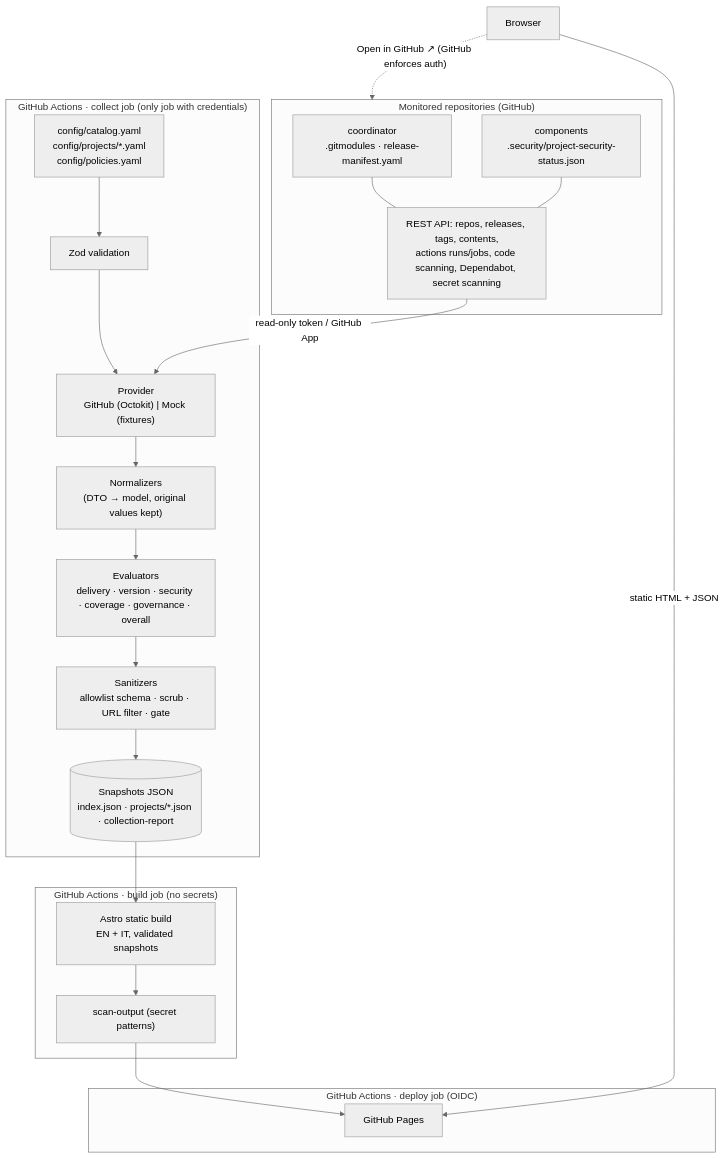
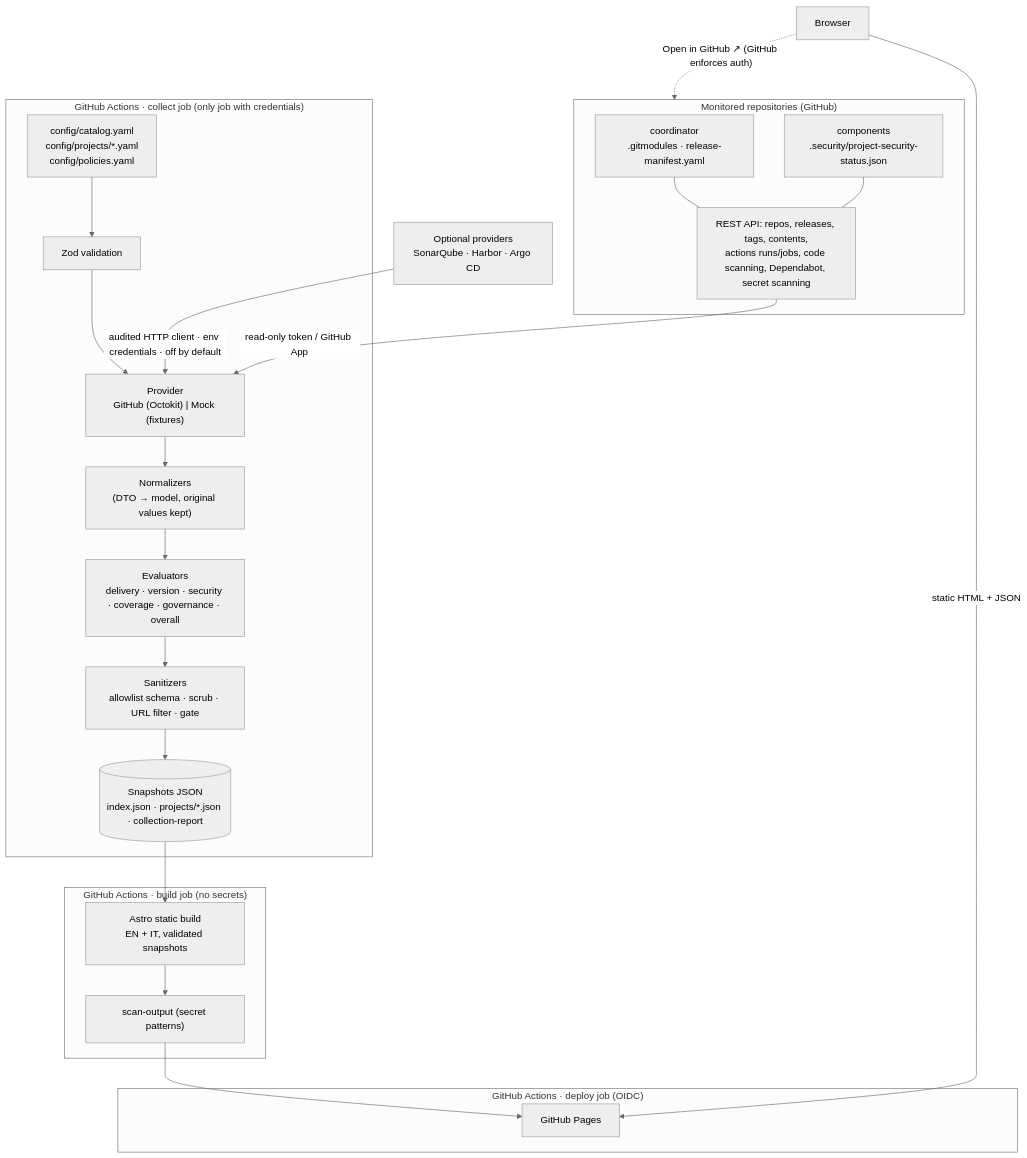
The diagram in docs/architecture.md (massimilianolapuma/engineering-project-hub), drawn with Mermaid (neutral theme) before and after one commit. The commit also changed other lines of this file and 148 other files, not shown here.

First line of the commit message:
feat: supply chain providers — SBOM, attestations, Trivy/Checkov/ZAP, SonarQube, Harbor, Argo CD (schema 1.8) (#43)

````diff
--- a/docs/architecture.md
+++ b/docs/architecture.md
@@ -20,32 +20,35 @@
 ```mermaid
 flowchart TB
   subgraph Sources["Monitored repositories (GitHub)"]
     COORD["coordinator<br/>.gitmodules · release-manifest.yaml"]
     COMP["components<br/>.security/project-security-status.json"]
     API["REST API: repos, releases, tags, contents,<br/>actions runs/jobs, code scanning, Dependabot, secret scanning"]
     COORD --- API
     COMP --- API
   end
+
+  EXT["Optional providers<br/>SonarQube · Harbor · Argo CD"]
 
   subgraph Collect["GitHub Actions · collect job (only job with credentials)"]
     CFG["config/catalog.yaml<br/>config/projects/*.yaml<br/>config/policies.yaml"] --> VAL["Zod validation"]
     VAL --> PROV["Provider<br/>GitHub (Octokit) | Mock (fixtures)"]
     PROV --> NORM["Normalizers<br/>(DTO → model, original values kept)"]
     NORM --> EVAL["Evaluators<br/>delivery · version · security · coverage · governance · overall"]
     EVAL --> SAN["Sanitizers<br/>allowlist schema · scrub · URL filter · gate"]
     SAN --> SNAP[("Snapshots JSON<br/>index.json · projects/*.json · collection-report")]
   end
 
   subgraph Build["GitHub Actions · build job (no secrets)"]
     SNAP --> ASTRO["Astro static build<br/>EN + IT, validated snapshots"]
     ASTRO --> SCAN["scan-output (secret patterns)"]
   end
 
   subgraph Publish["GitHub Actions · deploy job (OIDC)"]
     SCAN --> PAGES["GitHub Pages"]
   end
 
   API -- read-only token / GitHub App --> PROV
+  EXT -- "audited HTTP client · env credentials · off by default" --> PROV
   USER["Browser"] -- static HTML + JSON --> PAGES
   USER -. "Open in GitHub ↗ (GitHub enforces auth)" .-> Sources
 ```
````
